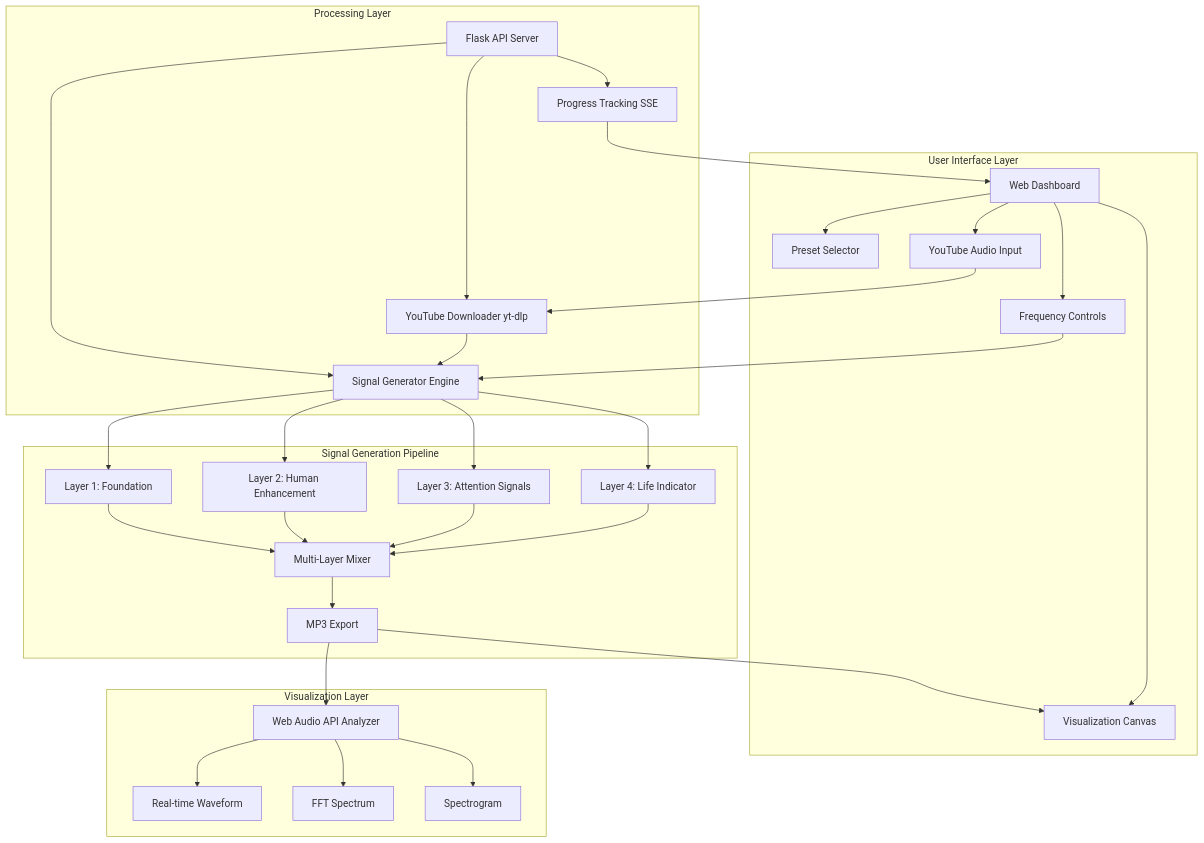
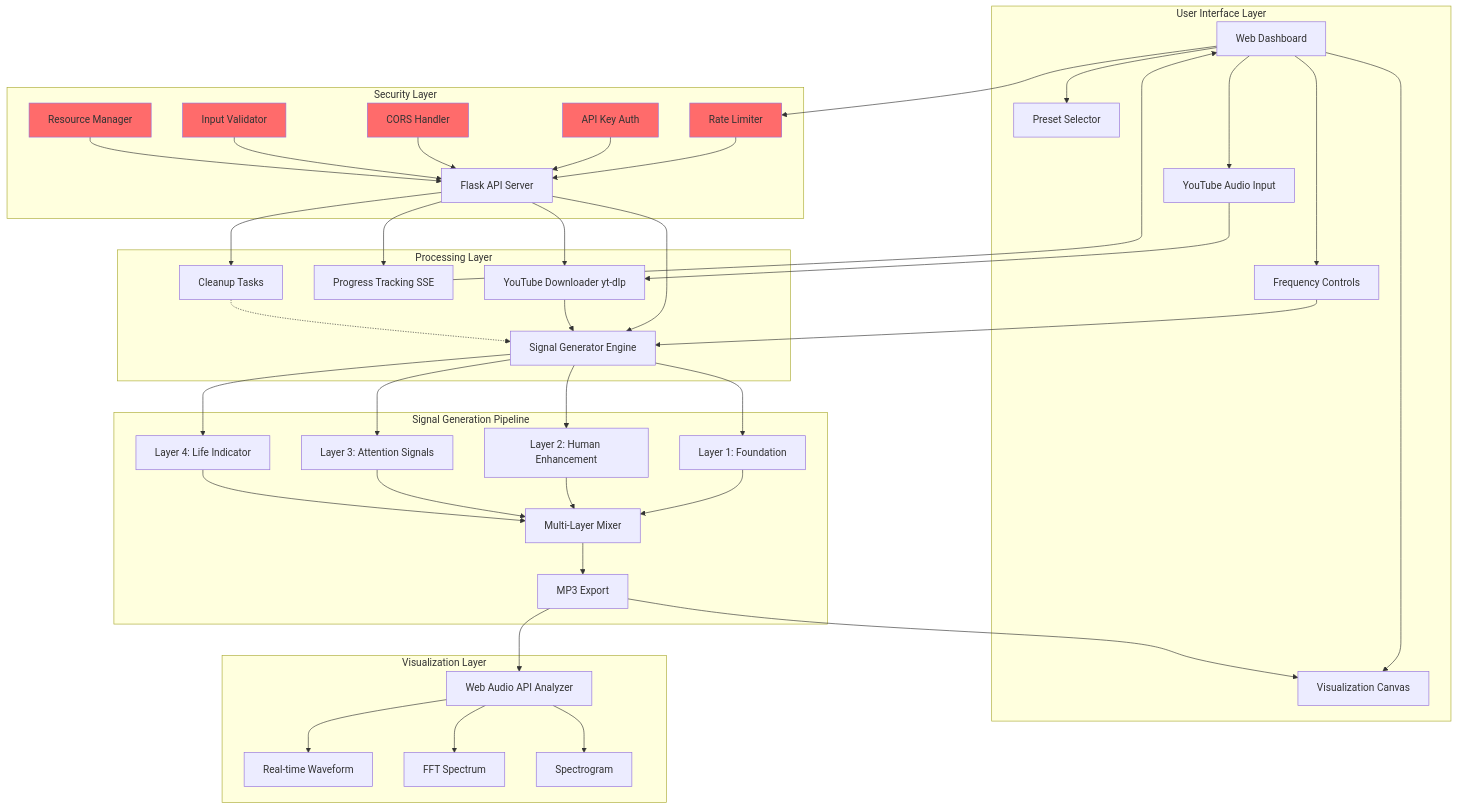
One commit to ddeveloper72/Ultrasonic_Sweep changed the first of 7 diagrams in README.md. Above: the diagram before and after it, drawn with Mermaid.

Commit message:
Update Architecture Overview diagram to include Security Layer with rate limiting, API auth, CORS, input validation, and resource management

````diff
--- a/README.md
+++ b/README.md
@@ -88,40 +88,57 @@
 ```mermaid
 graph TB
     subgraph "User Interface Layer"
         A[Web Dashboard] --> B[Preset Selector]
         A --> C[YouTube Audio Input]
         A --> D[Frequency Controls]
         A --> E[Visualization Canvas]
     end
     
+    subgraph "Security Layer"
+        SEC1[Rate Limiter] --> F
+        SEC2[API Key Auth] --> F
+        SEC3[CORS Handler] --> F
+        SEC4[Input Validator] --> F
+        SEC5[Resource Manager] --> F
+    end
+    
     subgraph "Processing Layer"
         F[Flask API Server] --> G[Signal Generator Engine]
         F --> H[YouTube Downloader yt-dlp]
         F --> I[Progress Tracking SSE]
+        F --> CLN[Cleanup Tasks]
     end
     
     subgraph "Signal Generation Pipeline"
         G --> J[Layer 1: Foundation]
         G --> K[Layer 2: Human Enhancement]
         G --> L[Layer 3: Attention Signals]
         G --> M[Layer 4: Life Indicator]
         J --> N[Multi-Layer Mixer]
         K --> N
         L --> N
         M --> N
         N --> O[MP3 Export]
     end
     
     subgraph "Visualization Layer"
         O --> P[Web Audio API Analyzer]
         P --> Q[Real-time Waveform]
         P --> R[FFT Spectrum]
         P --> S[Spectrogram]
     end
     
+    A --> SEC1
     C --> H
     H --> G
     D --> G
     I --> A
     O --> E
+    CLN -.-> G
+    
+    style SEC1 fill:#FF6B6B
+    style SEC2 fill:#FF6B6B
+    style SEC3 fill:#FF6B6B
+    style SEC4 fill:#FF6B6B
+    style SEC5 fill:#FF6B6B
 ```
````
